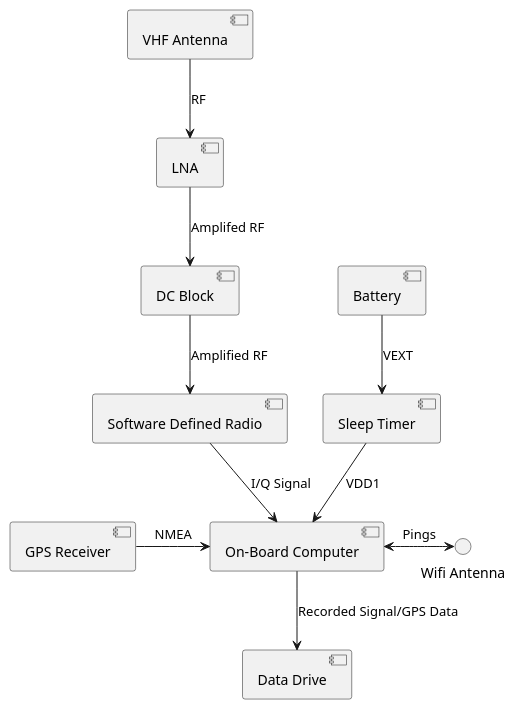
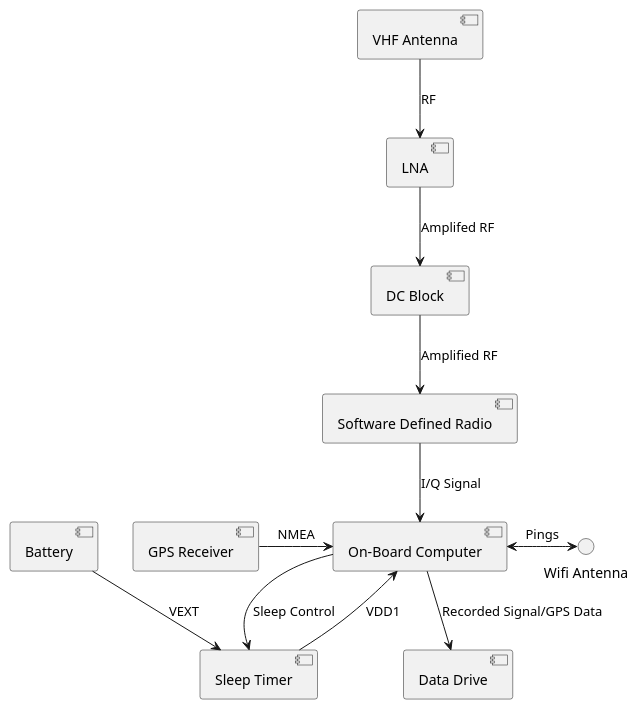
One commit to UCSD-E4E/rct-collard-lizard-docs changed the first of 2 diagrams in design/system_diagram.puml. Above: the diagram before and after it, drawn with PlantUML. The commit also changed other lines of this file, not shown here.

Commit message:
Added wiring diagram

```diff
--- a/design/system_diagram.puml
+++ b/design/system_diagram.puml
@@ -1,22 +1,23 @@
 @startuml Radio Collar Tracker: Collared Lizard System Diagram
 [Software Defined Radio] as SDR
 [On-Board Computer] as OBC
 [VHF Antenna] as ANT
 [LNA] as LNA
 [DC Block] as DCB
 [Data Drive] as USB
 [GPS Receiver] as GPS
 [Sleep Timer] as ST
 [Battery] as BATT
 
 interface "Wifi Antenna" as WIFI_ANT
 ANT --> LNA : RF
 LNA -->  DCB : Amplifed RF
 DCB --> SDR : Amplified RF
 SDR -->  OBC : I/Q Signal
 OBC <-> WIFI_ANT : Pings
 GPS -> OBC : NMEA
 OBC --> USB : Recorded Signal/GPS Data
 ST --> OBC : VDD1
+OBC --> ST : Sleep Control
 BATT --> ST : VEXT
 @enduml
```
